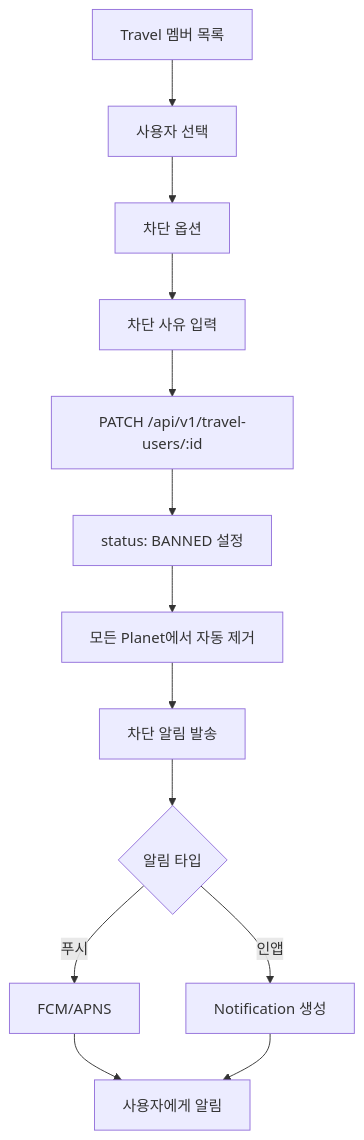
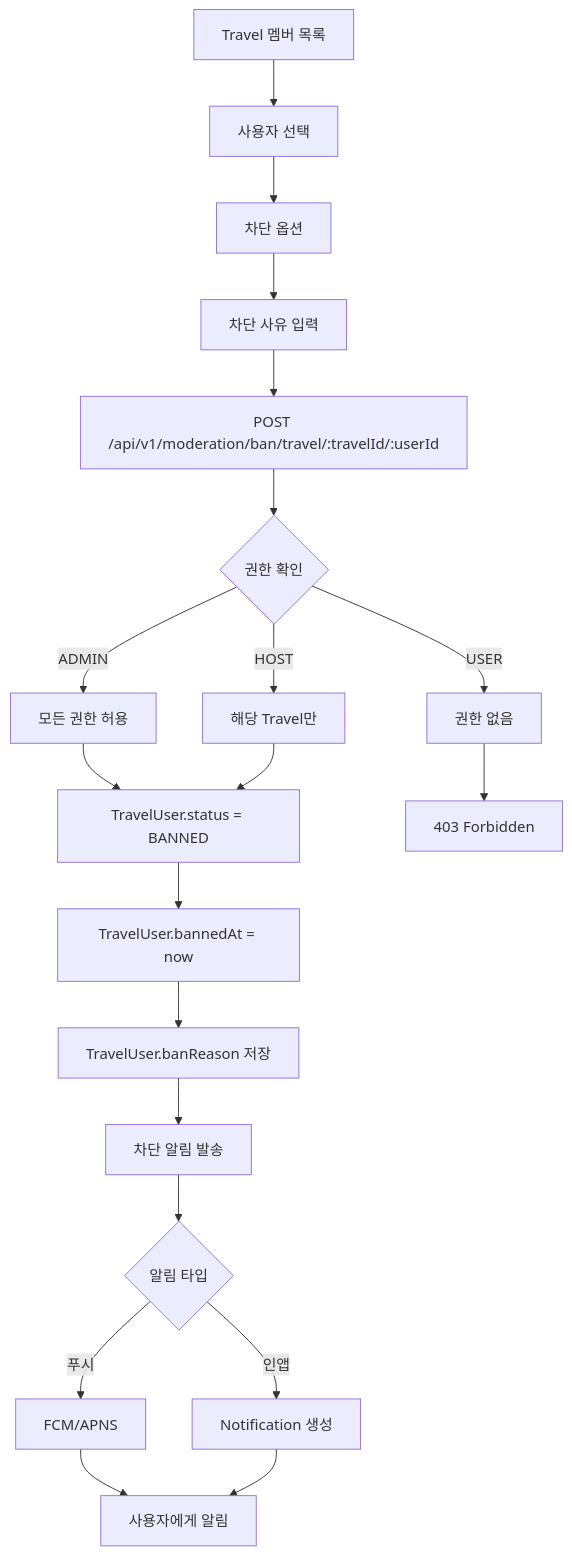
One commit to maximizest/connecto-nest changed diagram 13 of 34 in .md/flow.md. Above: the diagram before and after it, drawn with Mermaid. The commit also changed other lines of this file and 2 other files, not shown here.

Commit message:
관리자 및 조정 기능 문서 업데이트: Admin 엔티티를 User 엔티티의 role로 통합하고, 관련 API 엔드포인트를 Moderation 섹션으로 이동하여 사용자 차단 및 벤 기능을 명확히 설명함. WebSocket 서비스 아키텍처와 Rate Limiting 시스템을 추가하여 실시간 통신 및 사용자 관리 기능을 강화함.

````diff
--- a/.md/flow.md
+++ b/.md/flow.md
@@ -469,20 +571,29 @@
 ```mermaid
 graph TD
     A[Travel 멤버 목록] --> B[사용자 선택]
     B --> C[차단 옵션]
 
     C --> D[차단 사유 입력]
-    D --> E["PATCH /api/v1/travel-users/:id"]
+    D --> E["POST /api/v1/moderation/ban/travel/:travelId/:userId"]
 
-    E --> F[status: BANNED 설정]
-    F --> G[모든 Planet에서 자동 제거]
+    E --> F{권한 확인}
+    F -->|ADMIN| G[모든 권한 허용]
+    F -->|HOST| H[해당 Travel만]
+    F -->|USER| I[권한 없음]
 
-    G --> H[차단 알림 발송]
-    H --> I{알림 타입}
+    G --> J[TravelUser.status = BANNED]
+    H --> J
+    I --> K[403 Forbidden]
 
-    I -->|푸시| J[FCM/APNS]
-    I -->|인앱| K[Notification 생성]
+    J --> L[TravelUser.bannedAt = now]
+    L --> M[TravelUser.banReason 저장]
 
-    J --> L[사용자에게 알림]
-    K --> L
+    M --> N[차단 알림 발송]
+    N --> O{알림 타입}
+
+    O -->|푸시| P[FCM/APNS]
+    O -->|인앱| Q[Notification 생성]
+
+    P --> R[사용자에게 알림]
+    Q --> R
 ```
````
